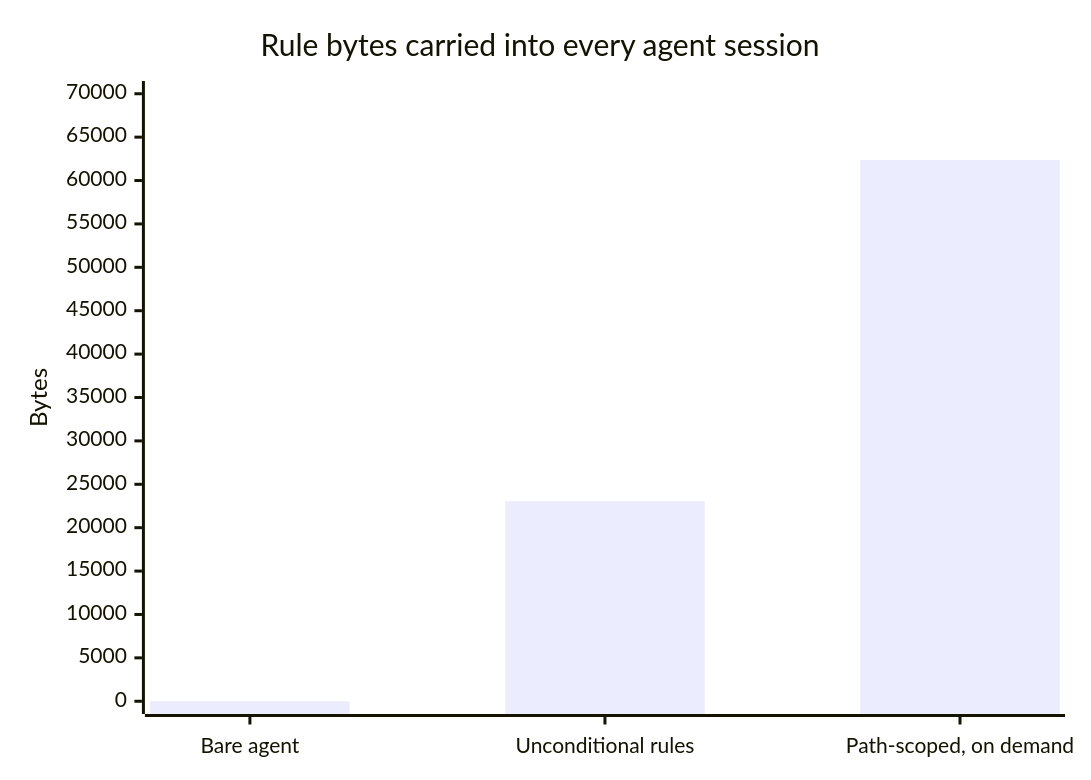
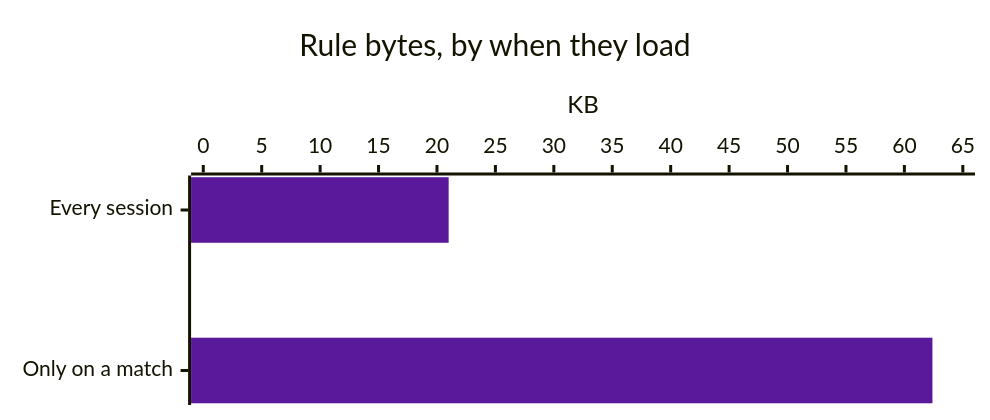
Before and after one commit to nguyenhx2/agent-harness-bootstrap: the second of 3 diagrams in benchmark/RESULTS.md, drawn with Mermaid. The commit also changed other lines of this file and 364 other files, not shown here.

````diff
--- a/benchmark/RESULTS.md
+++ b/benchmark/RESULTS.md
@@ -106,7 +88,8 @@
 ```mermaid
-xychart-beta
-    title "Rule bytes carried into every agent session"
-    x-axis ["Bare agent", "Unconditional rules", "Path-scoped, on demand"]
-    y-axis "Bytes" 0 --> 70000
-    bar [0, 23047, 62365]
+%%{init: {"xyChart": {"height": 260, "width": 640}, "themeVariables": {"xyChart": {"plotColorPalette": "#5A189A"}}}}%%
+xychart-beta horizontal
+    title "Rule bytes, by when they load"
+    x-axis ["Every session", "Only on a match"]
+    y-axis "KB" 0 --> 65
+    bar [21.0, 62.4]
 ```
````
